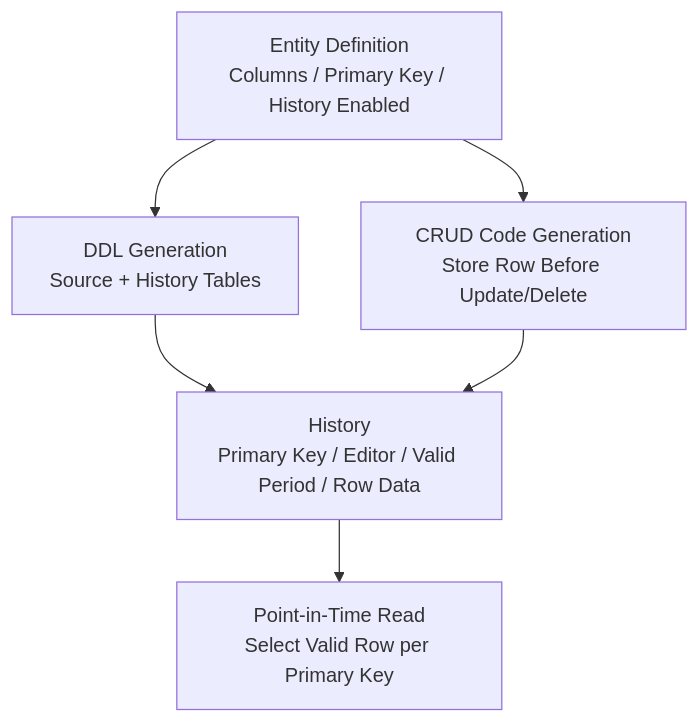
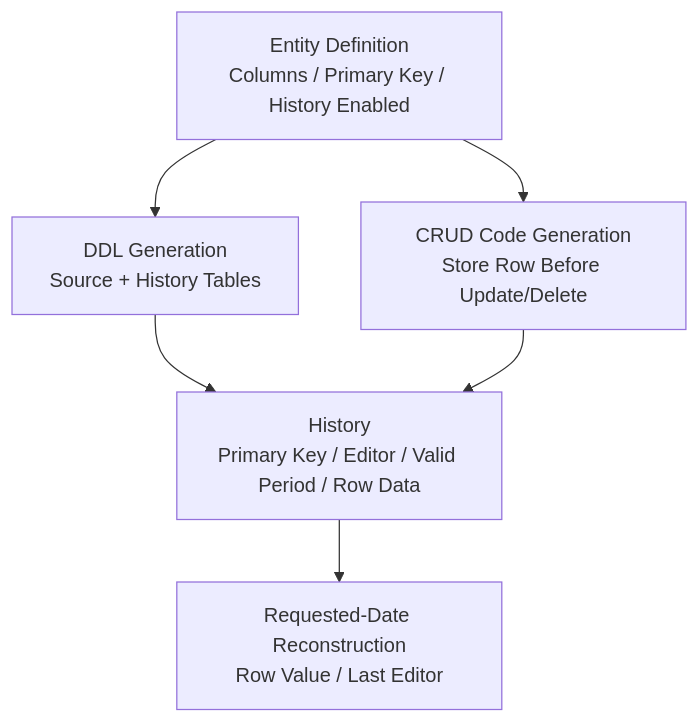
Before and after one commit to zmrdltl/portfolio: the second of 2 diagrams in docs/experience/tmaxcloud.en.md, drawn with Mermaid. The commit also changed other lines of this file and 6 other files, not shown here.

````diff
--- a/docs/experience/tmaxcloud.en.md
+++ b/docs/experience/tmaxcloud.en.md
@@ -33,14 +33,14 @@
 ```mermaid
 flowchart TD
   entity["Entity Definition\nColumns / Primary Key / History Enabled"]
   ddl["DDL Generation\nSource + History Tables"]
   crud["CRUD Code Generation\nStore Row Before Update/Delete"]
   history["History\nPrimary Key / Editor / Valid Period / Row Data"]
-  restore["Point-in-Time Read\nSelect Valid Row per Primary Key"]
+  restore["Requested-Date Reconstruction\nRow Value / Last Editor"]
 
   entity --> ddl
   entity --> crud
   ddl --> history
   crud --> history
   history --> restore
 ```
````
